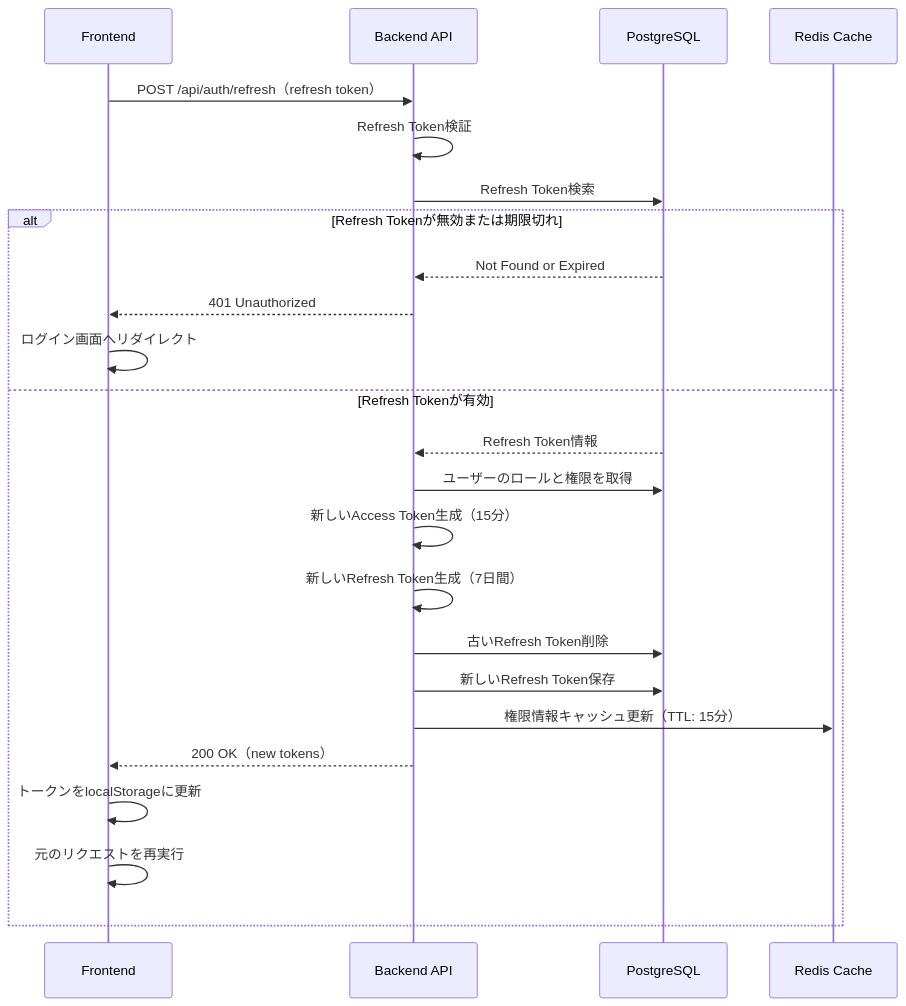
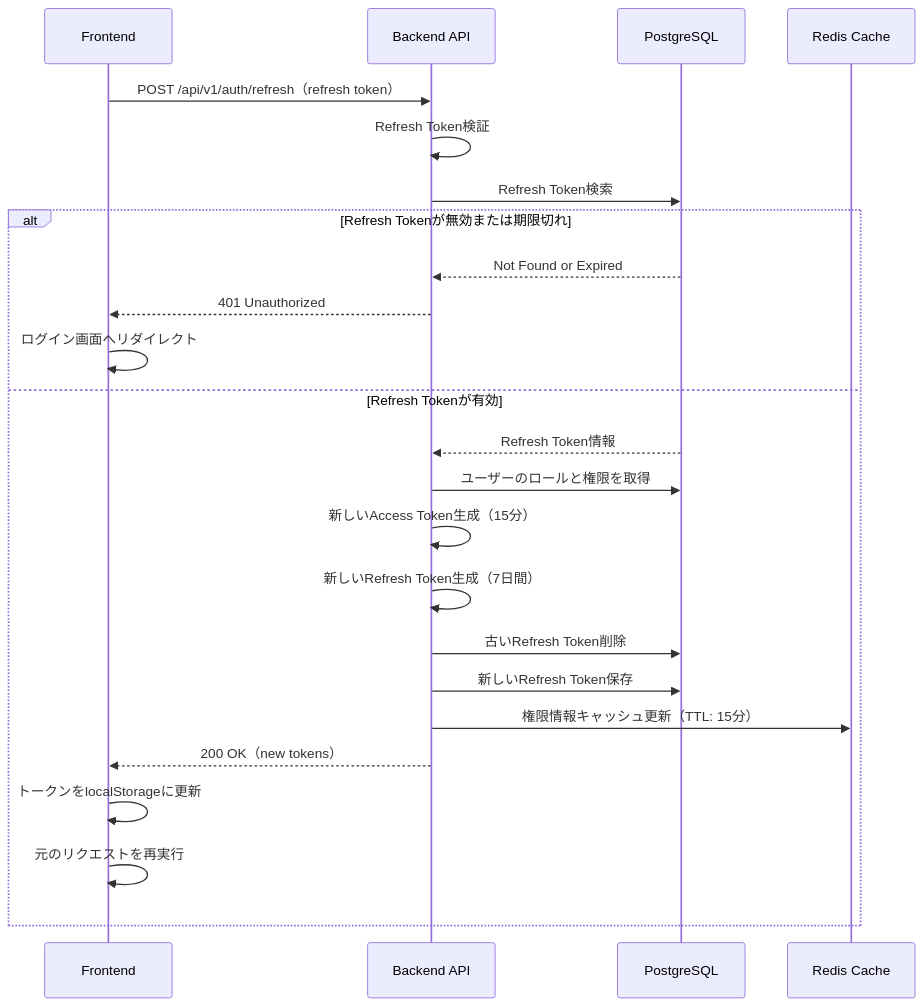
The sixth of 12 diagrams in .kiro/specs/user-authentication/design.md (inakanou/ArchiTrack), drawn with Mermaid before and after one commit. The commit also changed other lines of this file and 1 other file, not shown here.

````diff
--- a/.kiro/specs/user-authentication/design.md
+++ b/.kiro/specs/user-authentication/design.md
@@ -411,27 +576,27 @@
 ```mermaid
 sequenceDiagram
     participant Frontend as Frontend
     participant Backend as Backend API
     participant DB as PostgreSQL
     participant Redis as Redis Cache
 
-    Frontend->>Backend: POST /api/auth/refresh（refresh token）
+    Frontend->>Backend: POST /api/v1/auth/refresh（refresh token）
     Backend->>Backend: Refresh Token検証
     Backend->>DB: Refresh Token検索
     alt Refresh Tokenが無効または期限切れ
         DB-->>Backend: Not Found or Expired
         Backend-->>Frontend: 401 Unauthorized
         Frontend->>Frontend: ログイン画面へリダイレクト
     else Refresh Tokenが有効
         DB-->>Backend: Refresh Token情報
         Backend->>DB: ユーザーのロールと権限を取得
         Backend->>Backend: 新しいAccess Token生成（15分）
         Backend->>Backend: 新しいRefresh Token生成（7日間）
         Backend->>DB: 古いRefresh Token削除
         Backend->>DB: 新しいRefresh Token保存
         Backend->>Redis: 権限情報キャッシュ更新（TTL: 15分）
         Backend-->>Frontend: 200 OK（new tokens）
         Frontend->>Frontend: トークンをlocalStorageに更新
         Frontend->>Frontend: 元のリクエストを再実行
     end
 ```
````
